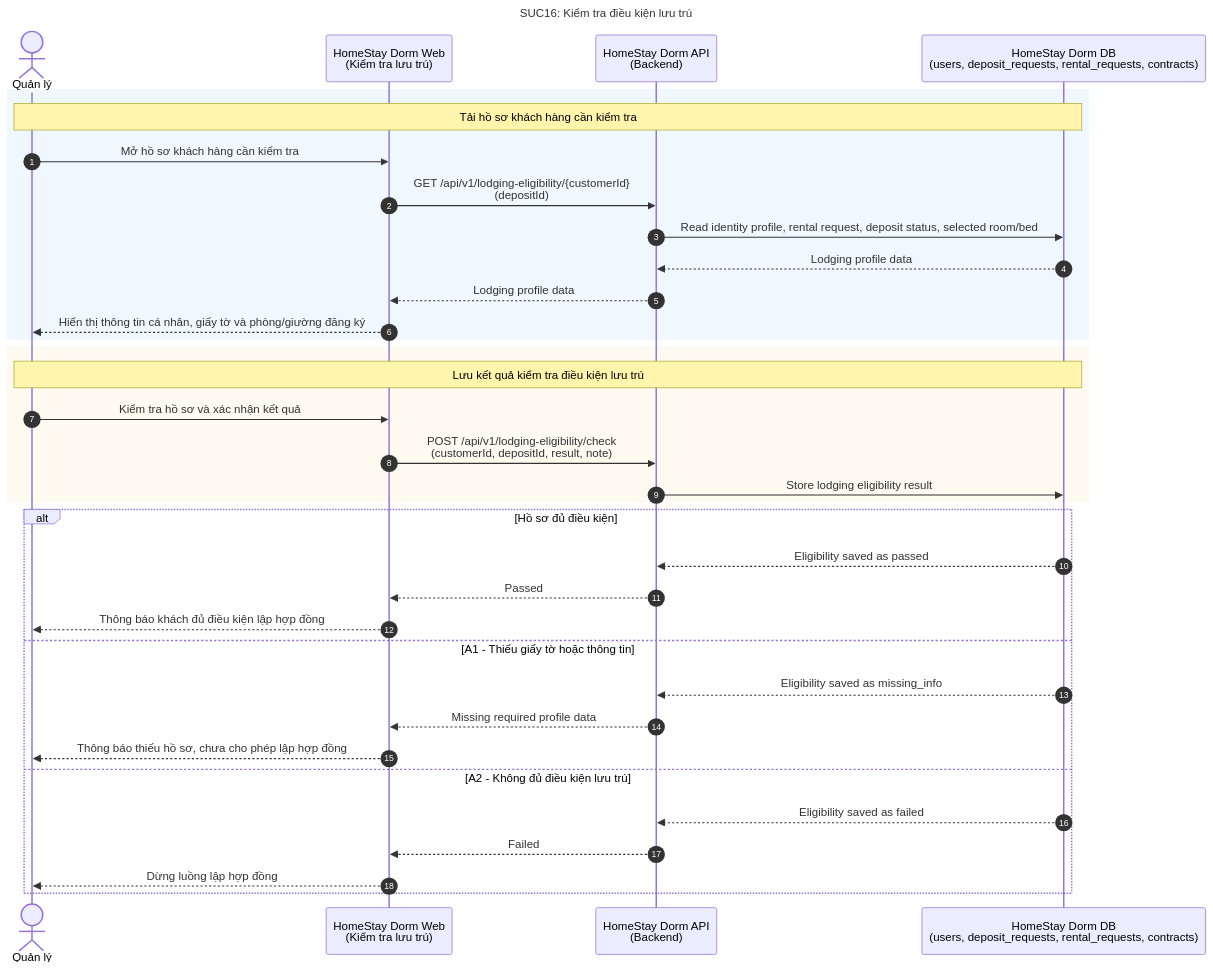
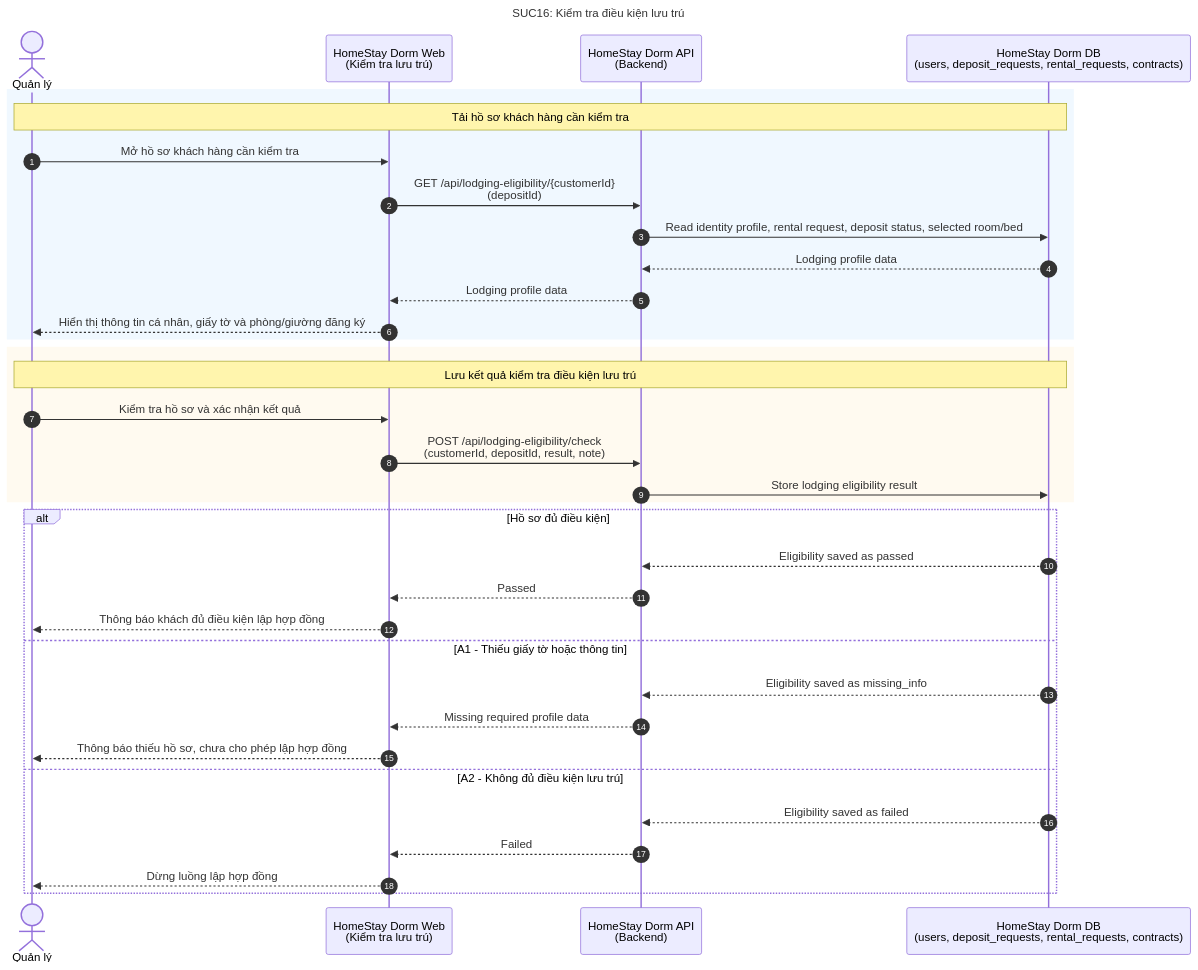
Before and after one commit to dinhdaivu/CSC12004_Information-Systems-Analysis-and-Design: the diagram in docs/SUC/SUC16-kiem-tra-dieu-kien-luu-tru.mmd, drawn with Mermaid. The commit also changed 47 other files, not shown here.

```diff
--- a/docs/SUC/SUC16-kiem-tra-dieu-kien-luu-tru.mmd
+++ b/docs/SUC/SUC16-kiem-tra-dieu-kien-luu-tru.mmd
@@ -1,38 +1,38 @@
 sequenceDiagram
     title SUC16: Kiểm tra điều kiện lưu trú
     autonumber
     actor M as Quản lý
     participant Web as HomeStay Dorm Web<br/>(Kiểm tra lưu trú)
     participant API as HomeStay Dorm API<br/>(Backend)
     participant DB as HomeStay Dorm DB<br/>(users, deposit_requests, rental_requests, contracts)
 
     rect rgb(240, 248, 255)
         Note over M, DB: Tải hồ sơ khách hàng cần kiểm tra
         M->>Web: Mở hồ sơ khách hàng cần kiểm tra
-        Web->>API: GET /api/v1/lodging-eligibility/{customerId}<br/>(depositId)
+        Web->>API: GET /api/lodging-eligibility/{customerId}<br/>(depositId)
         API->>DB: Read identity profile, rental request, deposit status, selected room/bed
         DB-->>API: Lodging profile data
         API-->>Web: Lodging profile data
         Web-->>M: Hiển thị thông tin cá nhân, giấy tờ và phòng/giường đăng ký
     end
 
     rect rgb(255, 250, 240)
         Note over M, DB: Lưu kết quả kiểm tra điều kiện lưu trú
         M->>Web: Kiểm tra hồ sơ và xác nhận kết quả
-        Web->>API: POST /api/v1/lodging-eligibility/check<br/>(customerId, depositId, result, note)
+        Web->>API: POST /api/lodging-eligibility/check<br/>(customerId, depositId, result, note)
         API->>DB: Store lodging eligibility result
     end
 
     alt Hồ sơ đủ điều kiện
         DB-->>API: Eligibility saved as passed
         API-->>Web: Passed
         Web-->>M: Thông báo khách đủ điều kiện lập hợp đồng
     else A1 - Thiếu giấy tờ hoặc thông tin
         DB-->>API: Eligibility saved as missing_info
         API-->>Web: Missing required profile data
         Web-->>M: Thông báo thiếu hồ sơ, chưa cho phép lập hợp đồng
     else A2 - Không đủ điều kiện lưu trú
         DB-->>API: Eligibility saved as failed
         API-->>Web: Failed
         Web-->>M: Dừng luồng lập hợp đồng
     end
```
